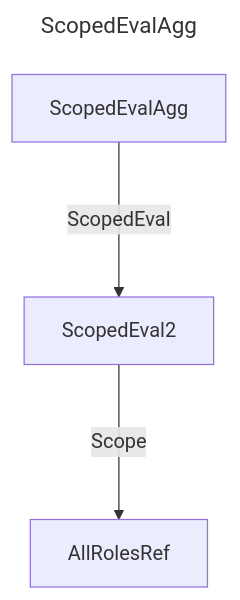
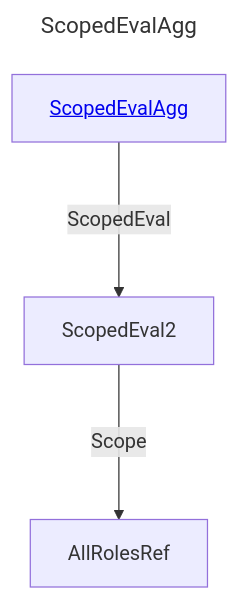
Before and after one commit to douglassimonsen/pbi_core: the diagram in docs/docs/layout/erd/ScopedEvalAgg.md, drawn with Mermaid. The commit also changed 76 other files, not shown here.

````diff
--- a/docs/docs/layout/erd/ScopedEvalAgg.md
+++ b/docs/docs/layout/erd/ScopedEvalAgg.md
@@ -1,11 +1,11 @@
 ```mermaid
 ---
 title: ScopedEvalAgg
 ---
 graph 
-2430071362896["AllRolesRef"]
-2430071369728["ScopedEval2"]
-2430071371680["ScopedEvalAgg"]
-2430071371680 --->|ScopedEval| 2430071369728
-2430071369728 --->|Scope| 2430071362896
+AllRolesRef[AllRolesRef]
+ScopedEval2[ScopedEval2]
+ScopedEvalAgg[<a href='/layout/erd/ScopedEvalAgg'>ScopedEvalAgg</a>]
+ScopedEval2 --->|Scope| AllRolesRef
+ScopedEvalAgg --->|ScopedEval| ScopedEval2
 ```
````
